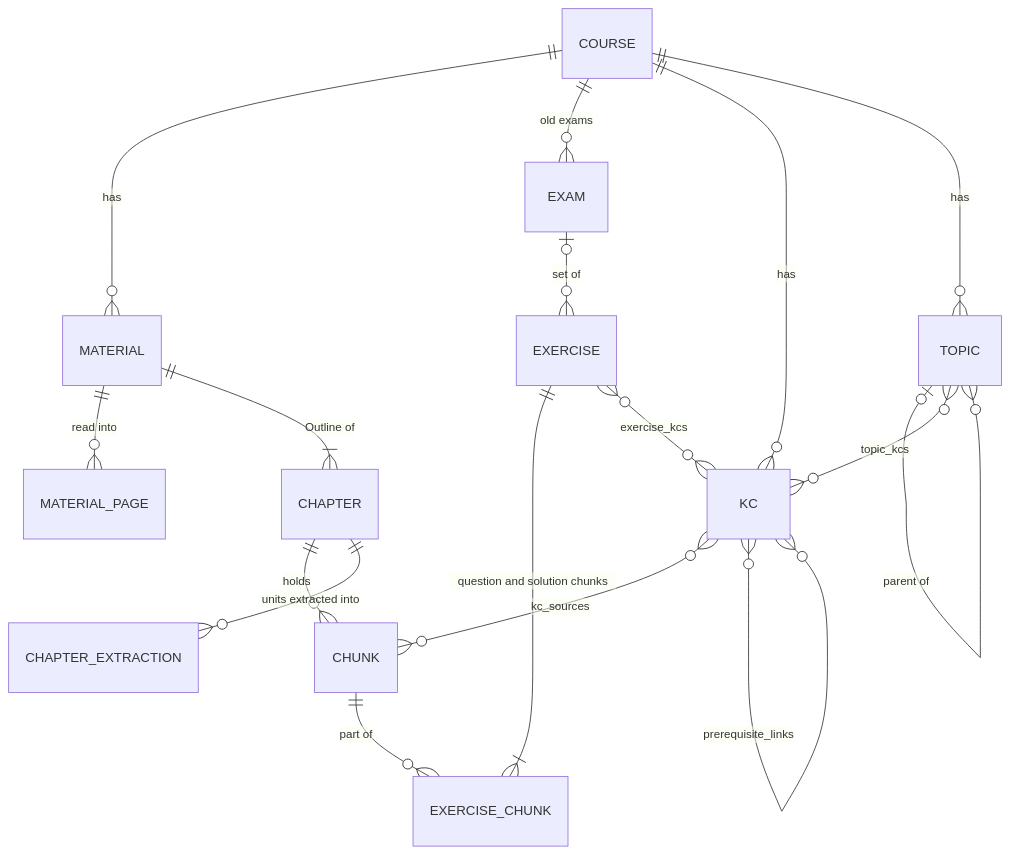
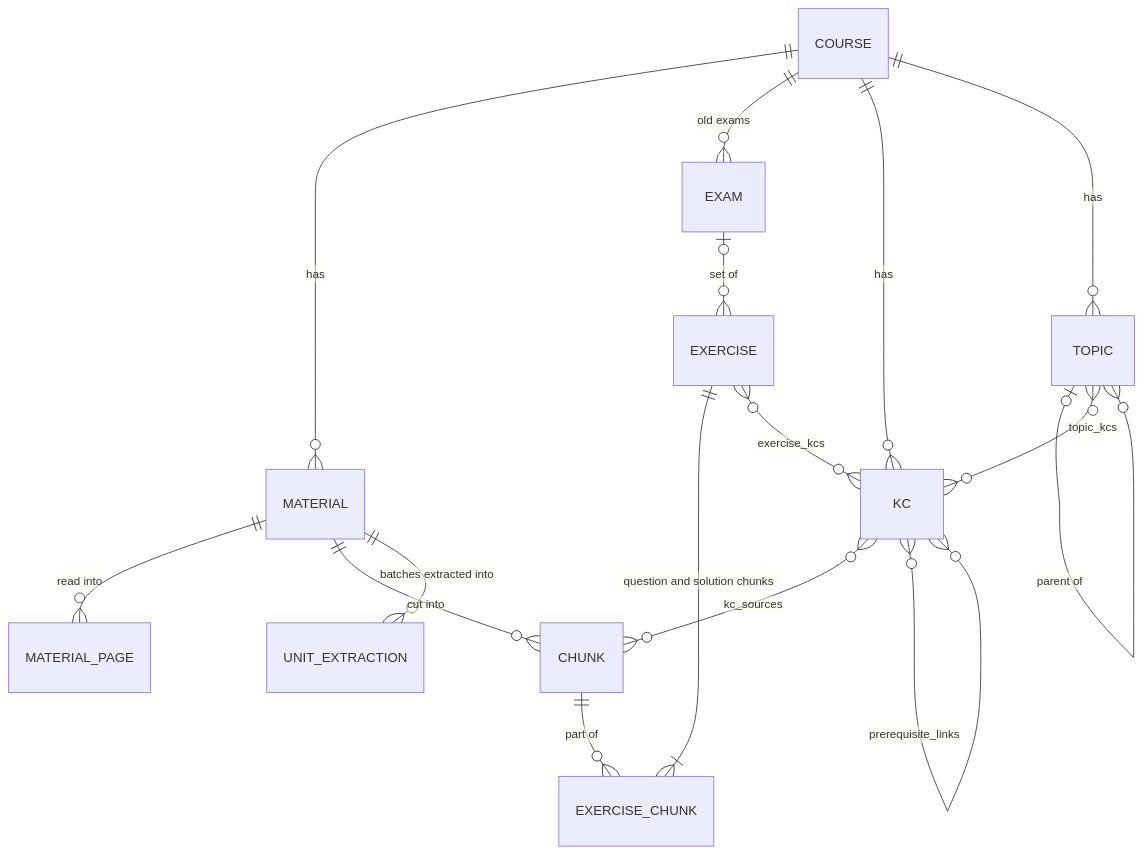
Before and after one commit to florianportscher/project-mastery: the second of 2 diagrams in docs/features/knowledge-map.md, drawn with Mermaid. The commit also changed other lines of this file and 110 other files, not shown here.

````diff
--- a/docs/features/knowledge-map.md
+++ b/docs/features/knowledge-map.md
@@ -65,19 +64,18 @@
 ```mermaid
 erDiagram
   COURSE ||--o{ MATERIAL : has
   MATERIAL ||--o{ MATERIAL_PAGE : "read into"
-  MATERIAL ||--|{ CHAPTER : "Outline of"
-  CHAPTER ||--o{ CHUNK : holds
+  MATERIAL ||--o{ CHUNK : "cut into"
   EXERCISE ||--|{ EXERCISE_CHUNK : "question and solution chunks"
   CHUNK ||--o{ EXERCISE_CHUNK : "part of"
   COURSE ||--o{ EXAM : "old exams"
   EXAM |o--o{ EXERCISE : "set of"
-  CHAPTER ||--o{ CHAPTER_EXTRACTION : "units extracted into"
+  MATERIAL ||--o{ UNIT_EXTRACTION : "batches extracted into"
   COURSE ||--o{ KC : has
   KC }o--o{ CHUNK : "kc_sources"
   KC }o--o{ KC : "prerequisite_links"
   EXERCISE }o--o{ KC : "exercise_kcs"
   COURSE ||--o{ TOPIC : has
   TOPIC |o--o{ TOPIC : "parent of"
   TOPIC }o--o{ KC : "topic_kcs"
 ```
````
